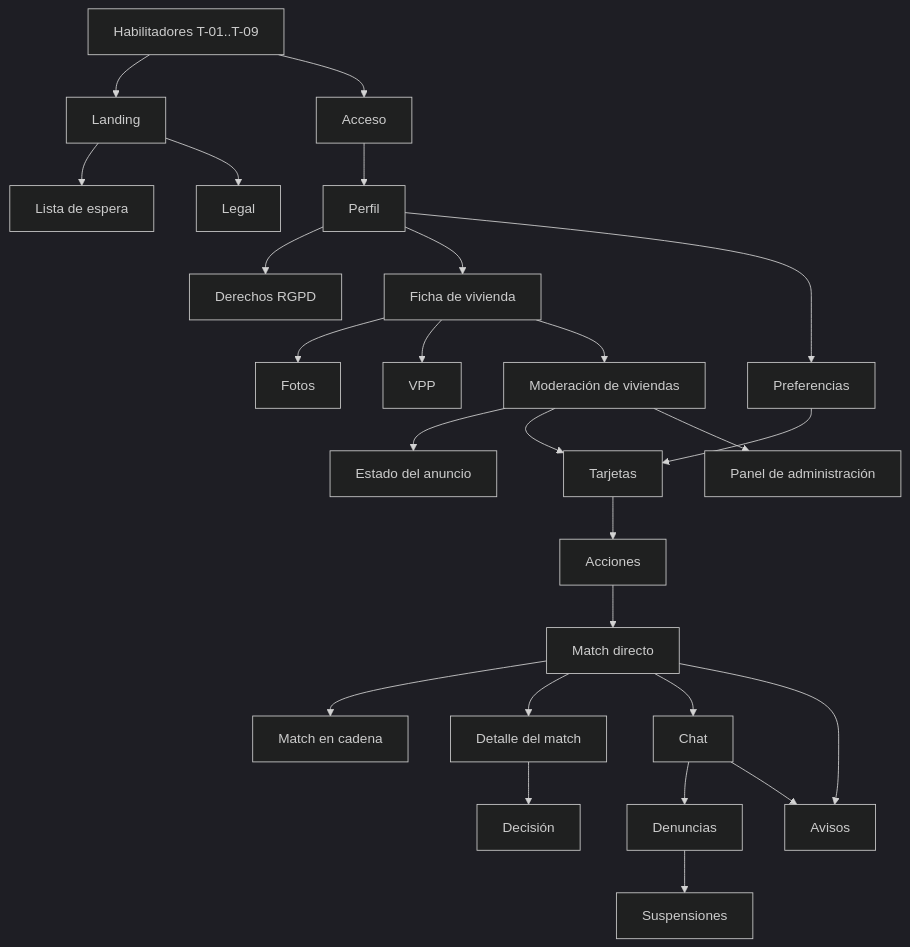
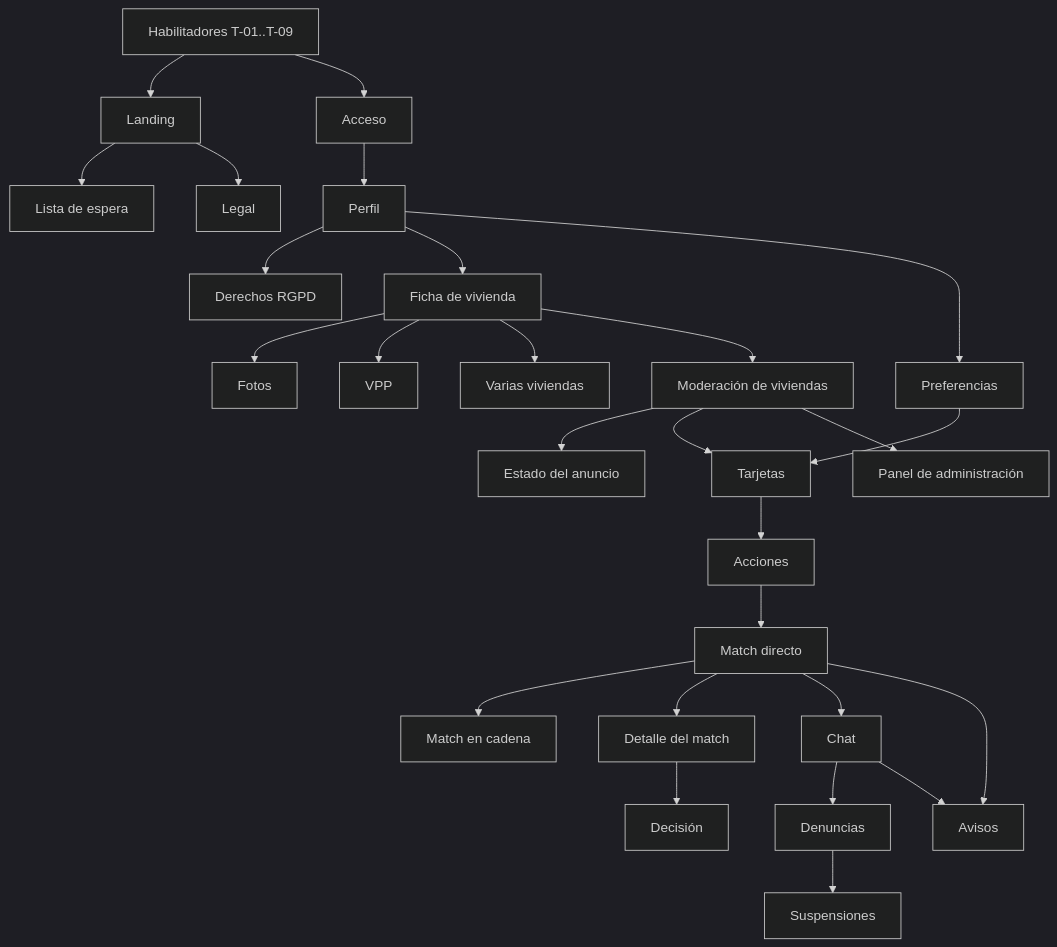
One commit to lcasadov/ChangeHouse changed the second of 2 diagrams in docs/backlog.md. Above: the diagram before and after it, drawn with Mermaid (dark theme). The commit also changed other lines of this file and 11 other files, not shown here.

````diff
--- a/docs/backlog.md
+++ b/docs/backlog.md
@@ -360,18 +370,19 @@
 ```mermaid
 flowchart TD
     T[Habilitadores T-01..T-09] --> L[Landing] --> W[Lista de espera]
     L --> LG[Legal]
     T --> A[Acceso] --> P[Perfil] --> R[Derechos RGPD]
     P --> F[Ficha de vivienda] --> FO[Fotos]
     F --> V[VPP]
+    F --> VV[Varias viviendas]
     F --> MV[Moderación de viviendas] --> ES[Estado del anuncio]
     P --> PR[Preferencias]
     PR --> TJ[Tarjetas]
     MV --> TJ
     TJ --> AC[Acciones] --> MD[Match directo] --> MC[Match en cadena]
     MD --> DT[Detalle del match] --> DC[Decisión]
     MD --> CH[Chat] --> DN[Denuncias] --> SU[Suspensiones]
     CH --> AV[Avisos]
     MD --> AV
     MV --> PA[Panel de administración]
 ```
````
